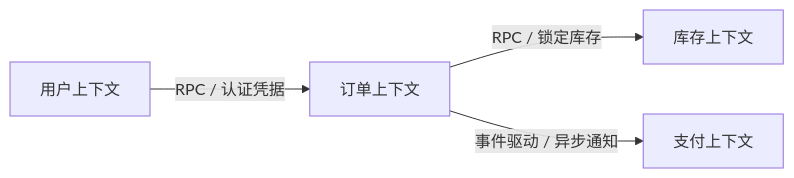
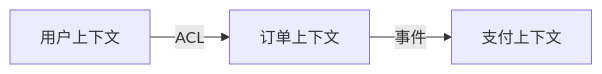
Before and after one commit to zhaoxuan-inside/hs-dev-skill: the first of 2 diagrams in resources/templates/architecture_design/arch_design_template.md, drawn with Mermaid. The commit also changed other lines of this file and 20 other files, not shown here.

First line of the commit message:
feat(skill): paradigm-first design with FE/BE architecture guidance

````diff
--- a/resources/templates/architecture_design/arch_design_template.md
+++ b/resources/templates/architecture_design/arch_design_template.md
@@ -11,6 +30,5 @@
 ```mermaid
 graph LR
-    UserContext[用户上下文] -->|RPC / 认证凭据| OrderContext[订单上下文]
-    OrderContext -->|RPC / 锁定库存| InventoryContext[库存上下文]
-    OrderContext -->|事件驱动 / 异步通知| PaymentContext[支付上下文]
+    UserContext[用户上下文] -->|ACL| OrderContext[订单上下文]
+    OrderContext -->|事件| PaymentContext[支付上下文]
 ```
````
